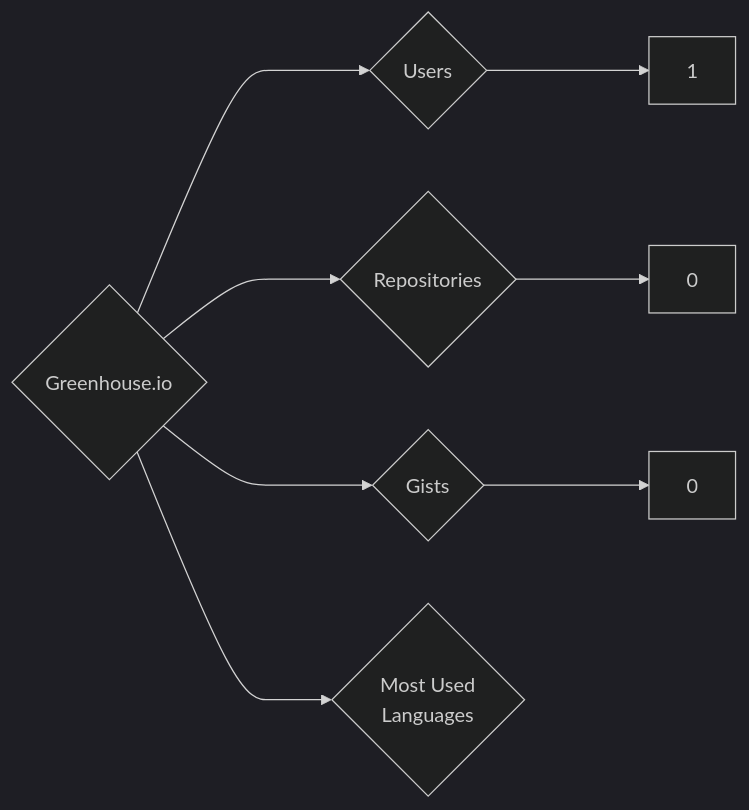
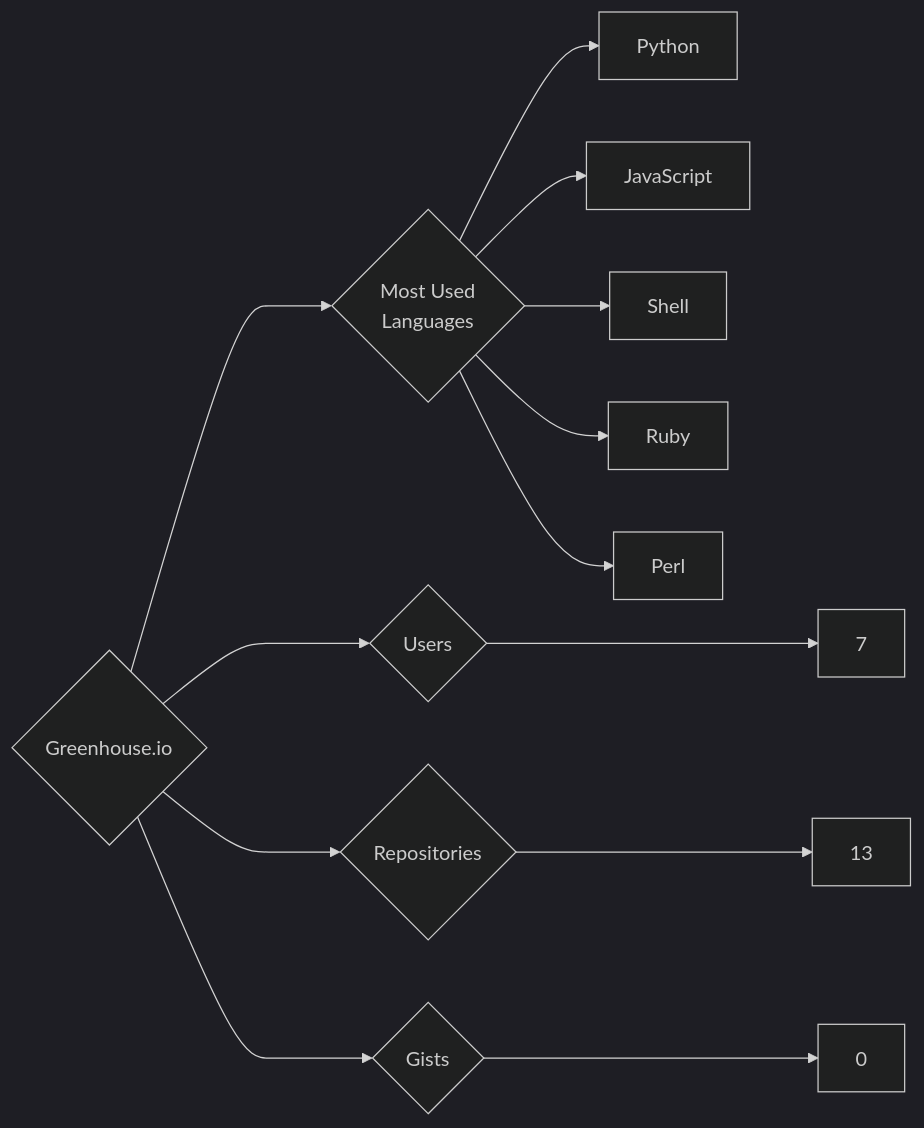
Before and after one commit to trickest/insiders: the diagram in targets/Greenhouse.io/README.md, drawn with Mermaid (dark theme). The commit also changed 1314 other files, not shown here.

````diff
--- a/targets/Greenhouse.io/README.md
+++ b/targets/Greenhouse.io/README.md
@@ -3,8 +3,13 @@
 ```mermaid
 graph LR
 COMPANY_NAME{Greenhouse.io}
-COMPANY_NAME ---> U{Users} ---> UN[1]
-COMPANY_NAME ---> R{Repositories} ---> RN[0]
+COMPANY_NAME ---> U{Users} ---> UN[7]
+COMPANY_NAME ---> R{Repositories} ---> RN[13]
 COMPANY_NAME ---> G{Gists} ---> GN[0]
 COMPANY_NAME ---> ML{Most Used<br>Languages}
+ML --> Python[Python]
+ML --> JavaScript[JavaScript]
+ML --> Shell[Shell]
+ML --> Ruby[Ruby]
+ML --> Perl[Perl]
 ```
````
